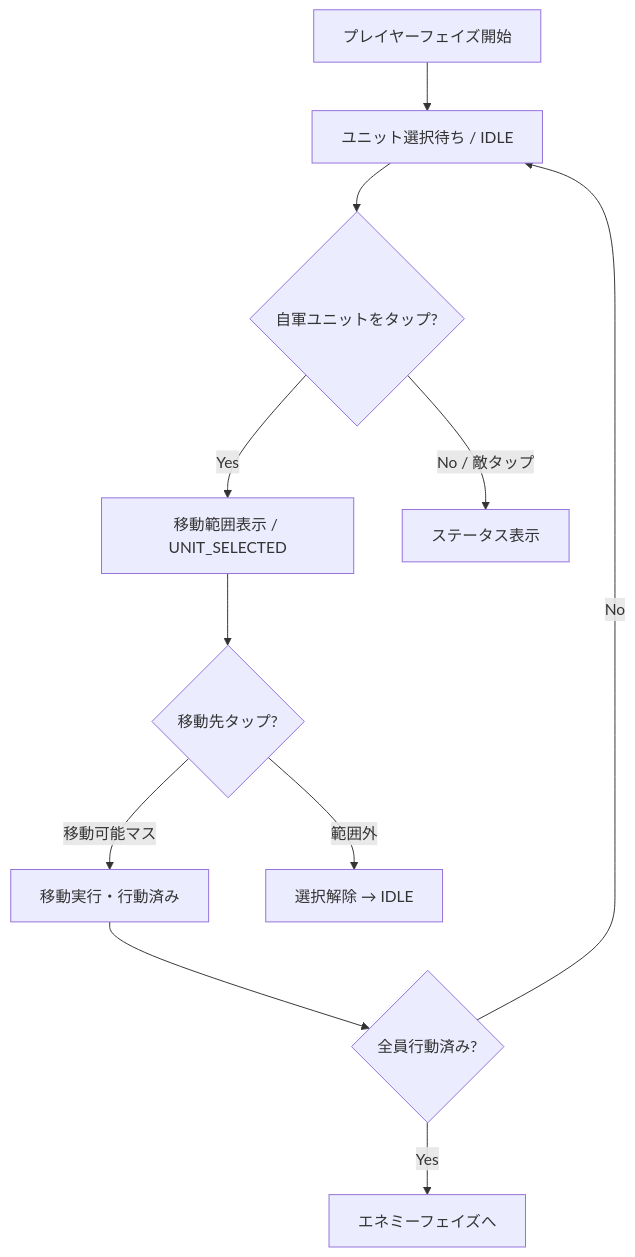
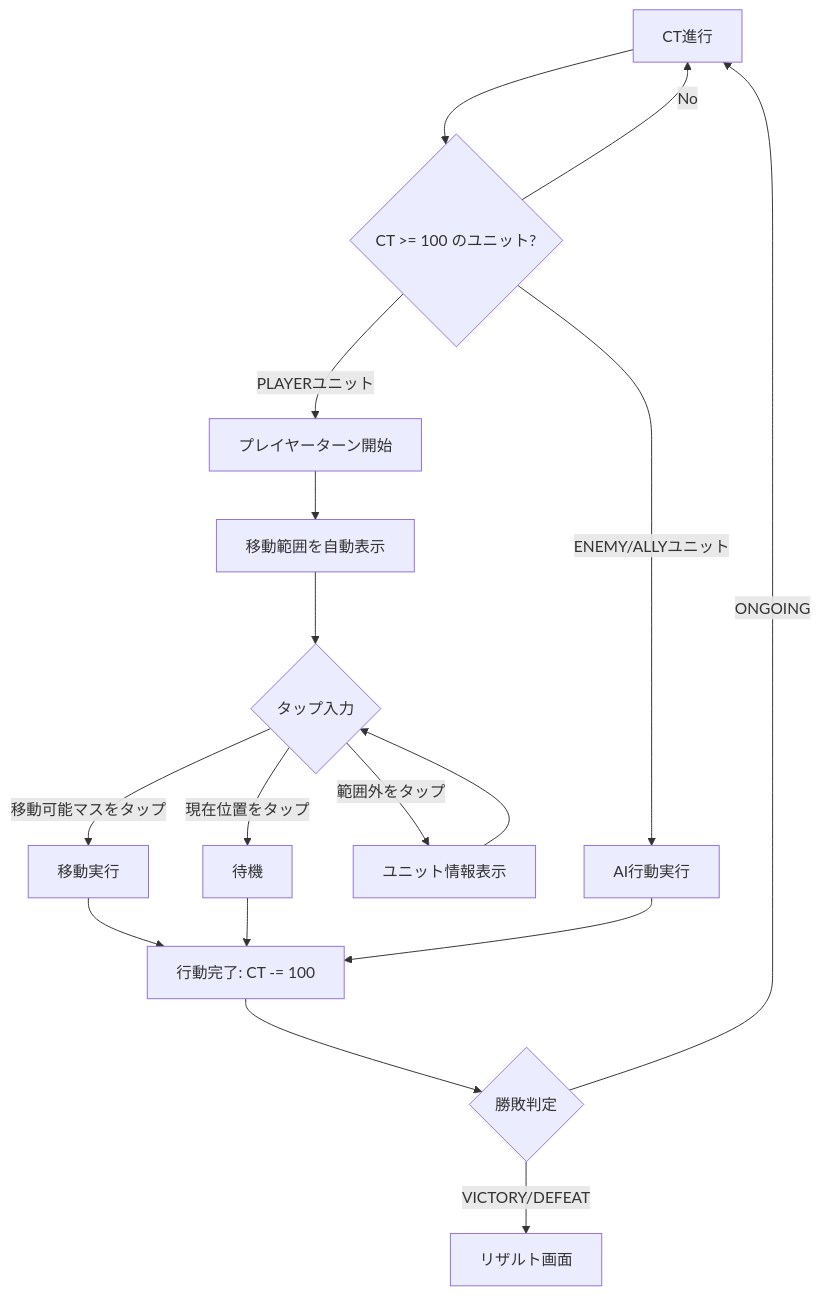
One commit to rssh-jp/testgame1 changed the first of 2 diagrams in docs/spec/06-turn-flow.md. Above: the diagram before and after it, drawn with Mermaid. The commit also changed other lines of this file and 10 other files, not shown here.

````diff
--- a/docs/spec/06-turn-flow.md
+++ b/docs/spec/06-turn-flow.md
@@ -34,13 +85,19 @@
 ```mermaid
 graph TD
-    A[プレイヤーフェイズ開始] --> B[ユニット選択待ち / IDLE]
-    B --> C{自軍ユニットをタップ?}
-    C -->|Yes| D[移動範囲表示 / UNIT_SELECTED]
-    C -->|No / 敵タップ| E[ステータス表示]
-    D --> F{移動先タップ?}
-    F -->|移動可能マス| G[移動実行・行動済み]
-    F -->|範囲外| H[選択解除 → IDLE]
-    G --> I{全員行動済み?}
-    I -->|No| B
-    I -->|Yes| J[エネミーフェイズへ]
+    A[CT進行] --> B{CT >= 100 のユニット?}
+    B -->|No| A
+    B -->|PLAYERユニット| C[プレイヤーターン開始]
+    B -->|ENEMY/ALLYユニット| D[AI行動実行]
+    C --> E[移動範囲を自動表示]
+    E --> F{タップ入力}
+    F -->|移動可能マスをタップ| G[移動実行]
+    F -->|現在位置をタップ| H[待機]
+    F -->|範囲外をタップ| I[ユニット情報表示]
+    I --> F
+    G --> J[行動完了: CT -= 100]
+    H --> J
+    J --> K{勝敗判定}
+    K -->|ONGOING| A
+    K -->|VICTORY/DEFEAT| L[リザルト画面]
+    D --> J
 ```
````
